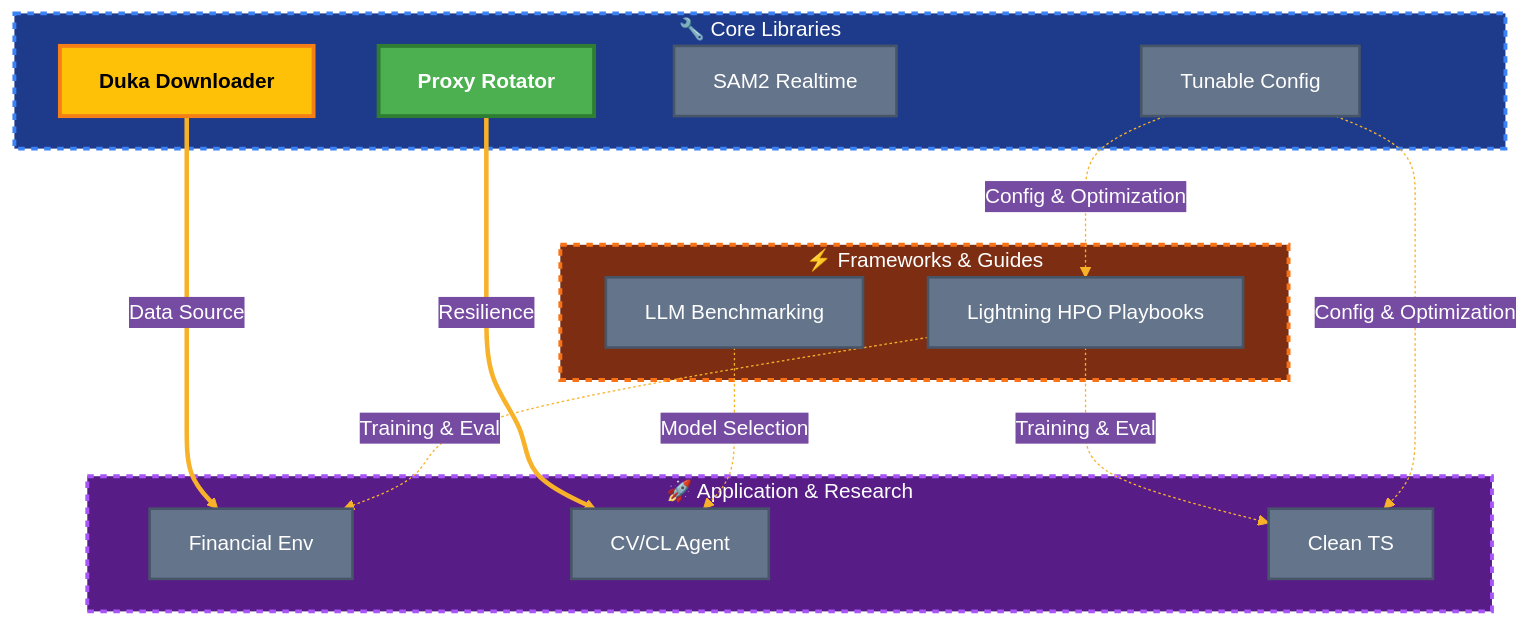
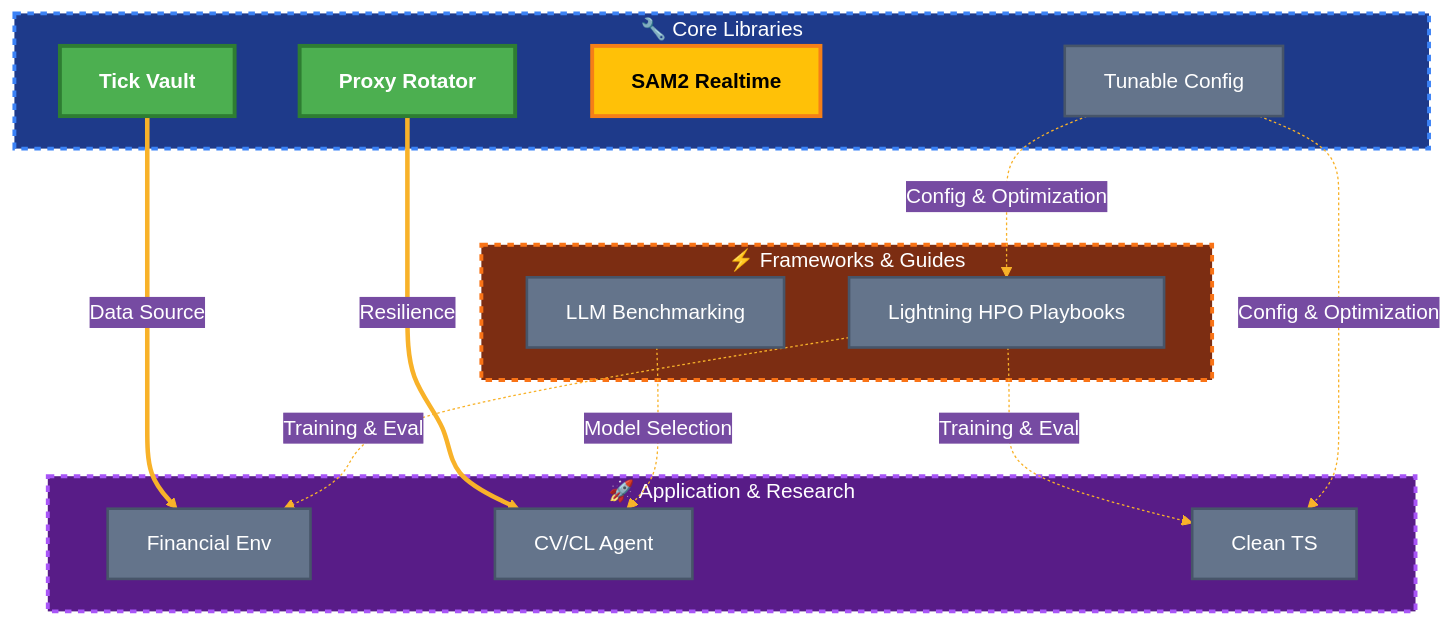
Before and after one commit to keyhankamyar/keyhankamyar: the diagram in README.md, drawn with Mermaid. The commit also changed other lines of this file, not shown here.

Commit message:
Updated for Tick Vault

````diff
--- a/README.md
+++ b/README.md
@@ -102,40 +102,40 @@
 ```mermaid
 %%{init: {'theme':'base', 'themeVariables': { 'primaryColor':'#667eea','primaryTextColor':'#fff','primaryBorderColor':'#7C4DFF','lineColor':'#F8B229','secondaryColor':'#764ba2','tertiaryColor':'#1e3a8a','background':'#0f172a','mainBkg':'#1e293b','secondaryBkg':'#334155','tertiaryBkg':'#475569','textColor':'#f1f5f9','fontSize':'16px','fontFamily':'ui-monospace'}}}%%
 graph TD
     subgraph CoreLib["🔧 Core Libraries"]
         A[Proxy Rotator]:::shipped
-        B[Duka Downloader]:::polishing
-        C[SAM2 Realtime]:::planned
+        B[Tick Vault]:::shipped
+        C[SAM2 Realtime]:::polishing
         D[Tunable Config]:::planned
     end
 
     subgraph Frameworks["⚡ Frameworks & Guides"]
         E[Lightning HPO Playbooks]:::planned
         F[LLM Benchmarking]:::planned
     end
 
     subgraph Applications["🚀 Application & Research"]
         G[Financial Env]:::planned
         H[CV/CL Agent]:::planned
         I[Clean TS]:::planned
     end
 
     D -.->|Config & Optimization| E
     D -.->|Config & Optimization| I
 
     E -.->|Training & Eval| I
     E -.->|Training & Eval| G
 
     F -.->|Model Selection| H
 
     A ==>|Resilience| H
     B ==>|Data Source| G
     
     classDef shipped fill:#4CAF50,stroke:#2E7D32,stroke-width:3px,color:#fff,font-weight:bold
     classDef polishing fill:#FFC107,stroke:#F57F17,stroke-width:3px,color:#000,font-weight:bold
     classDef planned fill:#64748b,stroke:#475569,stroke-width:2px,color:#fff
     
     style CoreLib fill:#1e3a8a,stroke:#3b82f6,stroke-width:3px,color:#fff,stroke-dasharray: 5 5
     style Frameworks fill:#7c2d12,stroke:#f97316,stroke-width:3px,color:#fff,stroke-dasharray: 5 5
     style Applications fill:#581c87,stroke:#a855f7,stroke-width:3px,color:#fff,stroke-dasharray: 5 5
 ```
````
